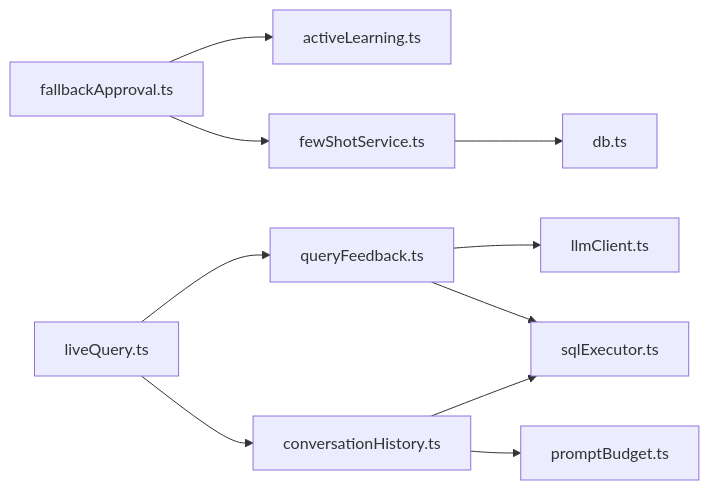
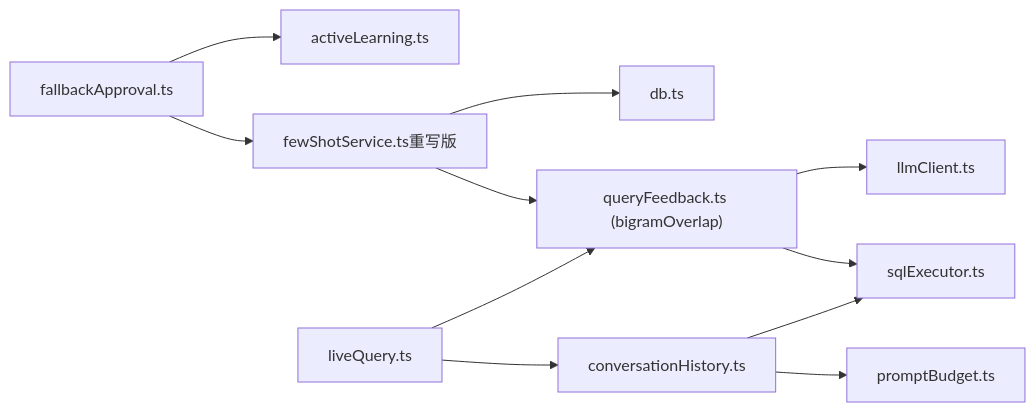
Before and after one commit to dgjin/smart-data-analytics: the seventh of 7 diagrams in .qoder/repowiki/zh/content/知识库系统/少样本注入服务.md, drawn with Mermaid. The commit also changed other lines of this file and 100 other files, not shown here.

````diff
--- a/.qoder/repowiki/zh/content/知识库系统/少样本注入服务.md
+++ b/.qoder/repowiki/zh/content/知识库系统/少样本注入服务.md
@@ -319,12 +337,13 @@
 ```mermaid
 graph LR
 FA["fallbackApproval.ts"] --> AL["activeLearning.ts"]
-FA --> FS["fewShotService.ts"]
+FA --> FS["fewShotService.ts重写版"]
 FS --> DB["db.ts"]
-QF["queryFeedback.ts"] --> LLM["llmClient.ts"]
+FS --> QF["queryFeedback.ts (bigramOverlap)"]
+QF --> LLM["llmClient.ts"]
 QF --> SE["sqlExecutor.ts"]
 CH["conversationHistory.ts"] --> SE
 CH --> PB["promptBudget.ts"]
 LQ["liveQuery.ts"] --> QF
 LQ --> CH
 ```
````
